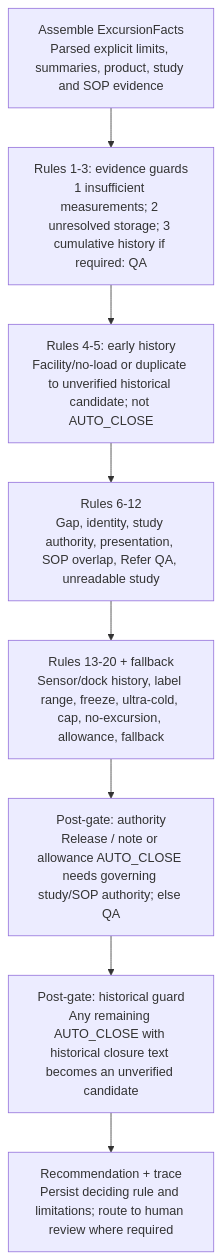
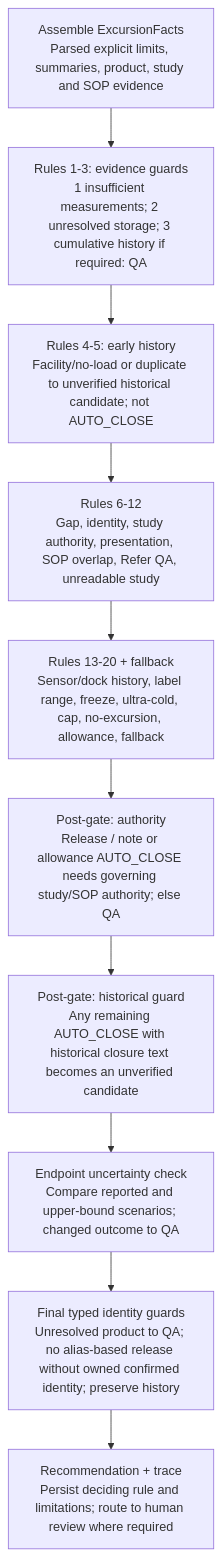
The diagram in docs/diagrams/decision-pipeline.mmd (Zulfiqar7862/kestrel-adjudication-case-study), drawn with Mermaid before and after one commit. The commit also changed 57 other files, not shown here.

Commit message:
Record scoped typed identity claims and block unresolved product merges

```diff
--- a/docs/diagrams/decision-pipeline.mmd
+++ b/docs/diagrams/decision-pipeline.mmd
@@ -1,16 +1,20 @@
 flowchart TB
     Facts["Assemble ExcursionFacts<br/>Parsed explicit limits, summaries, product, study and SOP evidence"]
     Guard["Rules 1-3: evidence guards<br/>1 insufficient measurements; 2 unresolved storage; 3 cumulative history if required: QA"]
     History["Rules 4-5: early history<br/>Facility/no-load or duplicate to unverified historical candidate; not AUTO_CLOSE"]
     Resolve["Rules 6-12<br/>Gap, identity, study authority, presentation, SOP overlap, Refer QA, unreadable study"]
     Arithmetic["Rules 13-20 + fallback<br/>Sensor/dock history, label range, freeze, ultra-cold, cap, no-excursion, allowance, fallback"]
     Authority["Post-gate: authority<br/>Release / note or allowance AUTO_CLOSE needs governing study/SOP authority; else QA"]
     Intercept["Post-gate: historical guard<br/>Any remaining AUTO_CLOSE with historical closure text becomes an unverified candidate"]
     Result["Recommendation + trace<br/>Persist deciding rule and limitations; route to human review where required"]
+    Uncertainty["Endpoint uncertainty check<br/>Compare reported and upper-bound scenarios; changed outcome to QA"]
+    Identity["Final typed identity guards<br/>Unresolved product to QA; no alias-based release without owned confirmed identity; preserve history"]
     Facts --> Guard
     Guard --> History
     History --> Resolve
     Resolve --> Arithmetic
     Arithmetic --> Authority
     Authority --> Intercept
-    Intercept --> Result
+    Intercept --> Uncertainty
+    Uncertainty --> Identity
+    Identity --> Result
```
